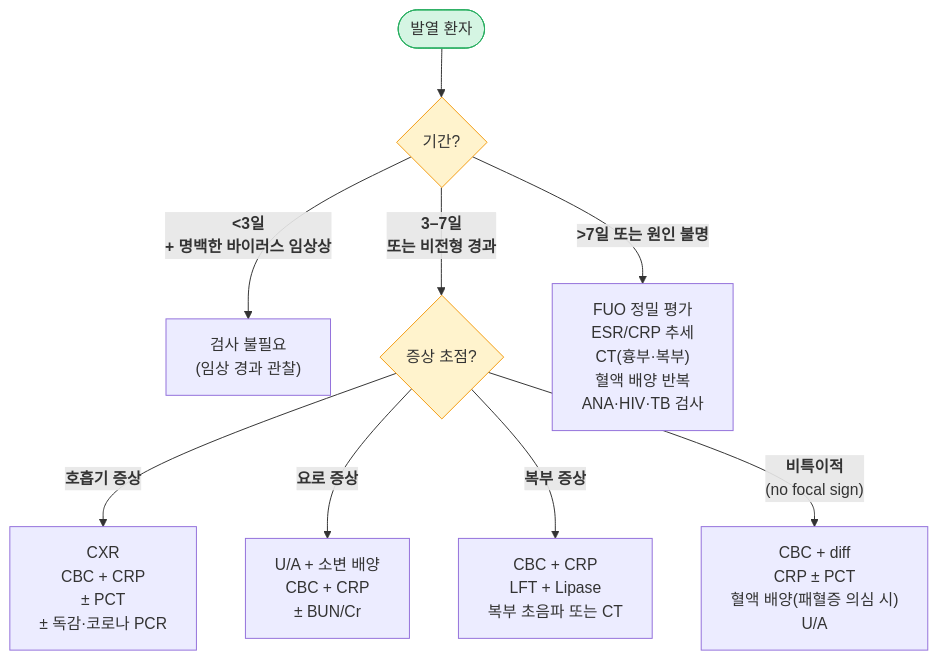
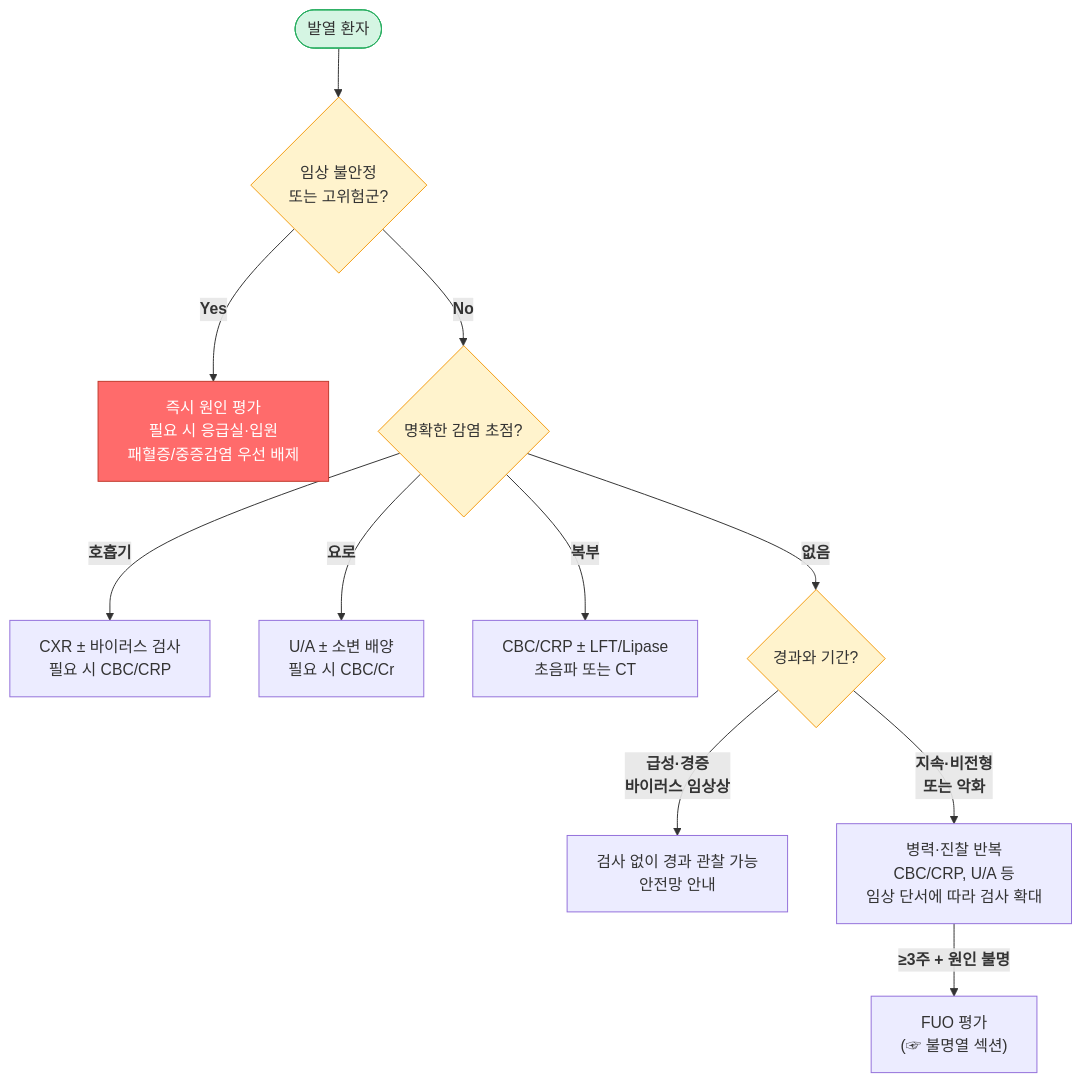
The first of 2 diagrams in 220_/011_-fever.md (familyoh77/familyoh77), drawn with Mermaid before and after one commit. The commit also changed other lines of this file, not shown here.

````diff
--- a/220_/011_-fever.md
+++ b/220_/011_-fever.md
@@ -96,17 +99,21 @@
 ```mermaid
 graph TD
-    A([발열 환자]) --> B{기간?}
-    B -->|"<b><3일<br/>+ 명백한 바이러스 임상상</b>"| C["검사 불필요<br/>(임상 경과 관찰)"]
-    B -->|"<b>3–7일<br/>또는 비전형 경과</b>"| D{증상 초점?}
-    D -->|<b>호흡기 증상</b>| E["CXR<br/>CBC + CRP<br/>± PCT<br/>± 독감·코로나 PCR"]
-    D -->|<b>요로 증상</b>| F["U/A + 소변 배양<br/>CBC + CRP<br/>± BUN/Cr"]
-    D -->|<b>복부 증상</b>| G["CBC + CRP<br/>LFT + Lipase<br/>복부 초음파 또는 CT"]
-    D -->|"<b>비특이적</b><br/>(no focal sign)"| H["CBC + diff<br/>CRP ± PCT<br/>혈액 배양(패혈증 의심 시)<br/>U/A"]
-    B -->|"<b>>7일 또는 원인 불명</b>"| I["FUO 정밀 평가<br/>ESR/CRP 추세<br/>CT(흉부·복부)<br/>혈액 배양 반복<br/>ANA·HIV·TB 검사"]
+    A([발열 환자]) --> B{임상 불안정<br/>또는 고위험군?}
+    B -->|<b>Yes</b>| C["즉시 원인 평가<br/>필요 시 응급실·입원<br/>패혈증/중증감염 우선 배제"]
+    B -->|<b>No</b>| D{명확한 감염 초점?}
+    D -->|<b>호흡기</b>| E["CXR ± 바이러스 검사<br/>필요 시 CBC/CRP"]
+    D -->|<b>요로</b>| F["U/A ± 소변 배양<br/>필요 시 CBC/Cr"]
+    D -->|<b>복부</b>| G["CBC/CRP ± LFT/Lipase<br/>초음파 또는 CT"]
+    D -->|<b>없음</b>| H{경과와 기간?}
+    H -->|"<b>급성·경증<br/>바이러스 임상상</b>"| I["검사 없이 경과 관찰 가능<br/>안전망 안내"]
+    H -->|"<b>지속·비전형<br/>또는 악화</b>"| J["병력·진찰 반복<br/>CBC/CRP, U/A 등<br/>임상 단서에 따라 검사 확대"]
+    J -->|"<b>≥3주 + 원인 불명</b>"| K["FUO 평가<br/>(☞ 불명열 섹션)"]
 
     classDef green  fill:#d5f5e3,stroke:#27ae60
+    classDef red    fill:#ff6b6b,stroke:#c0392b,color:#fff
     classDef yellow fill:#fff3cd,stroke:#f39c12
     class A green
-    class B,D yellow
+    class C red
+    class B,D,H yellow
 
 ```
````
